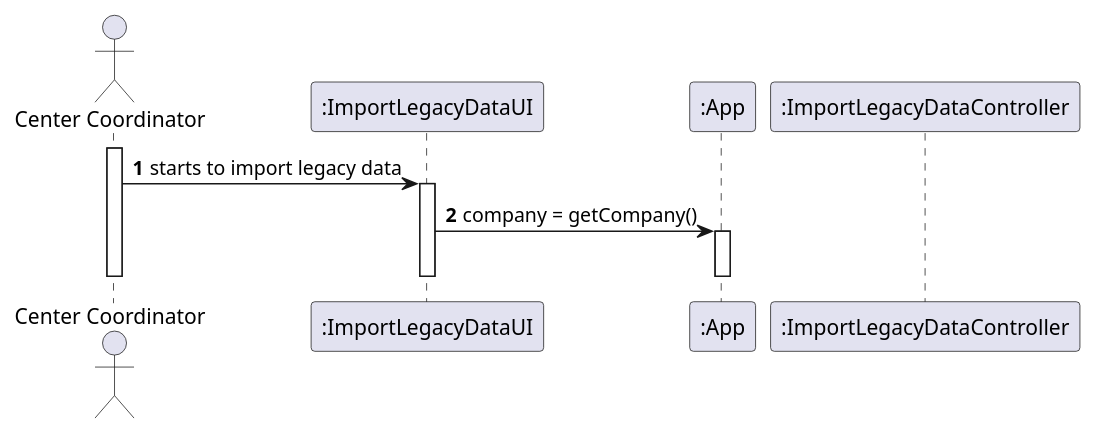
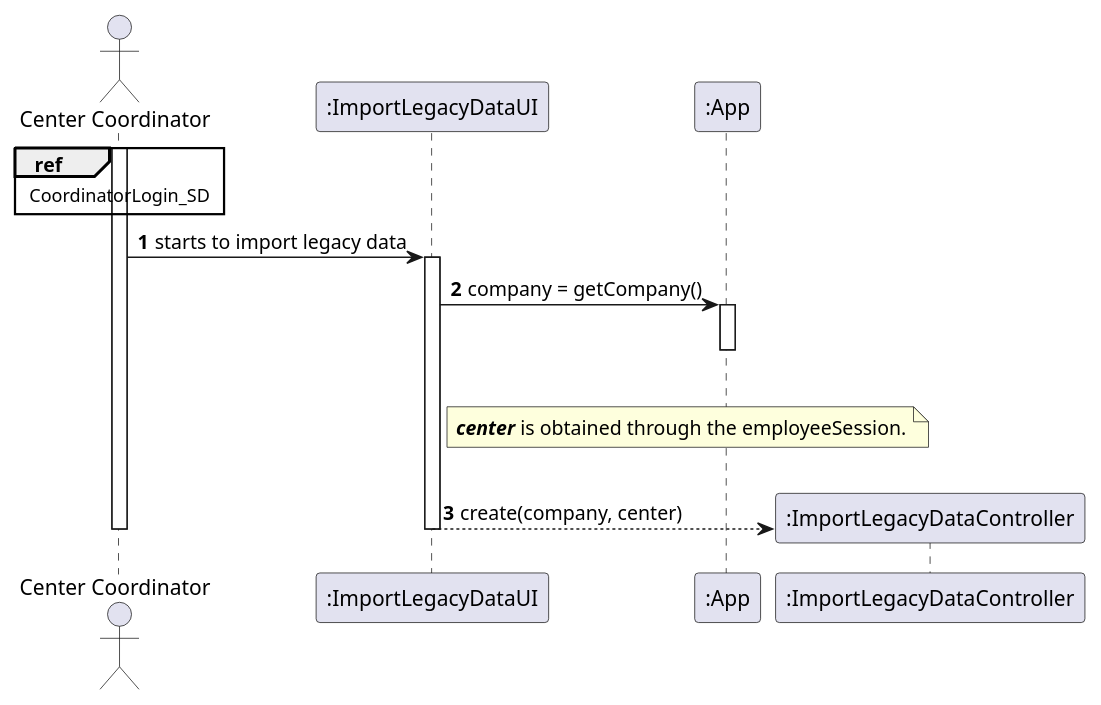
One commit to miseEnPlace-i/lapr2 changed the diagram in docs/SprintD/US17/SD/US17_SD.puml. Above: the diagram before and after it, drawn with PlantUML. The commit also changed 2 other files, not shown here.

```diff
--- a/docs/SprintD/US17/SD/US17_SD.puml
+++ b/docs/SprintD/US17/SD/US17_SD.puml
@@ -1,20 +1,39 @@
 @startuml US17_SD
 autonumber
 
 actor "Center Coordinator" as COORDINATOR
 
 participant ":ImportLegacyDataUI" as UI
 participant ":App" as APP
 participant ":ImportLegacyDataController" as CTRL
 
 activate COORDINATOR
+  ref over COORDINATOR
+    ' !include ../../CoordinatorLogin_SD.puml!
+    ' ![[../../CoordinatorLogin_SD.puml]]
+    ' ![[../../CoordinatorLogin_SD.svg]]
+    CoordinatorLogin_SD
+  end ref
+
   COORDINATOR -> UI : starts to import legacy data
   activate UI
     UI -> APP : company = getCompany()
     activate APP
     deactivate APP
 
+    |||
+
+    note right of UI
+      <i><b>center</b></i> is obtained through the employeeSession.
+' Also see: <i>CoordinatorLogin_SD</i>
+    end note
+
+    |||
+
+    UI --> CTRL ** : create(company, center)
     
+    
+
   deactivate UI
 deactivate COORDINATOR
 @enduml
```
